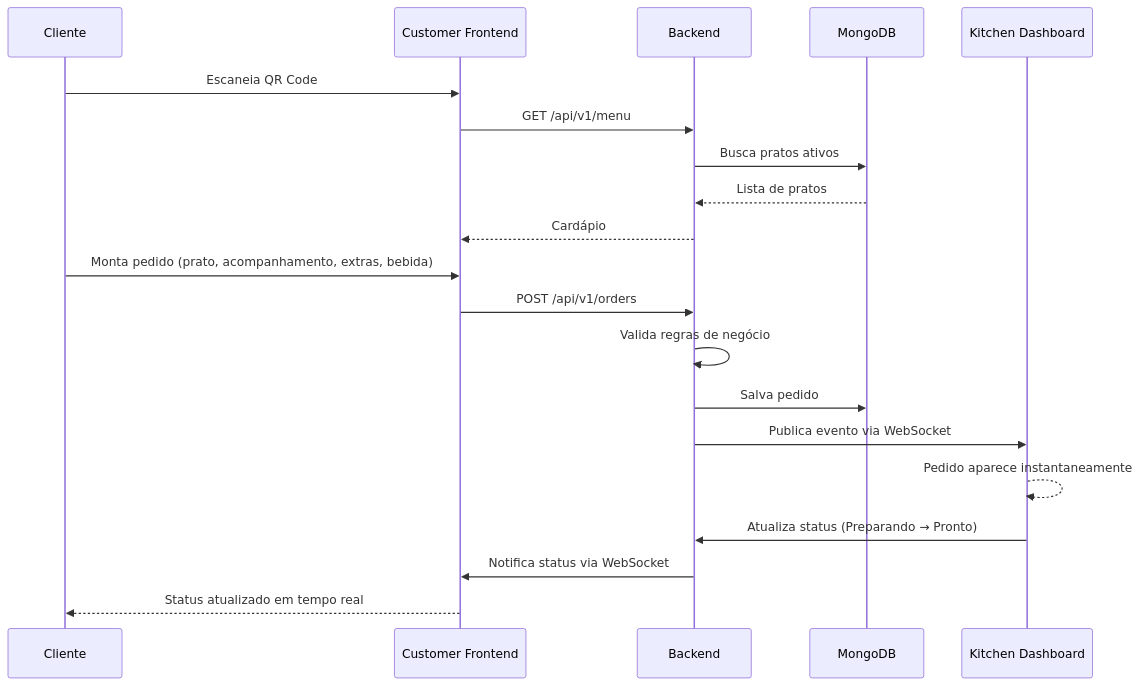
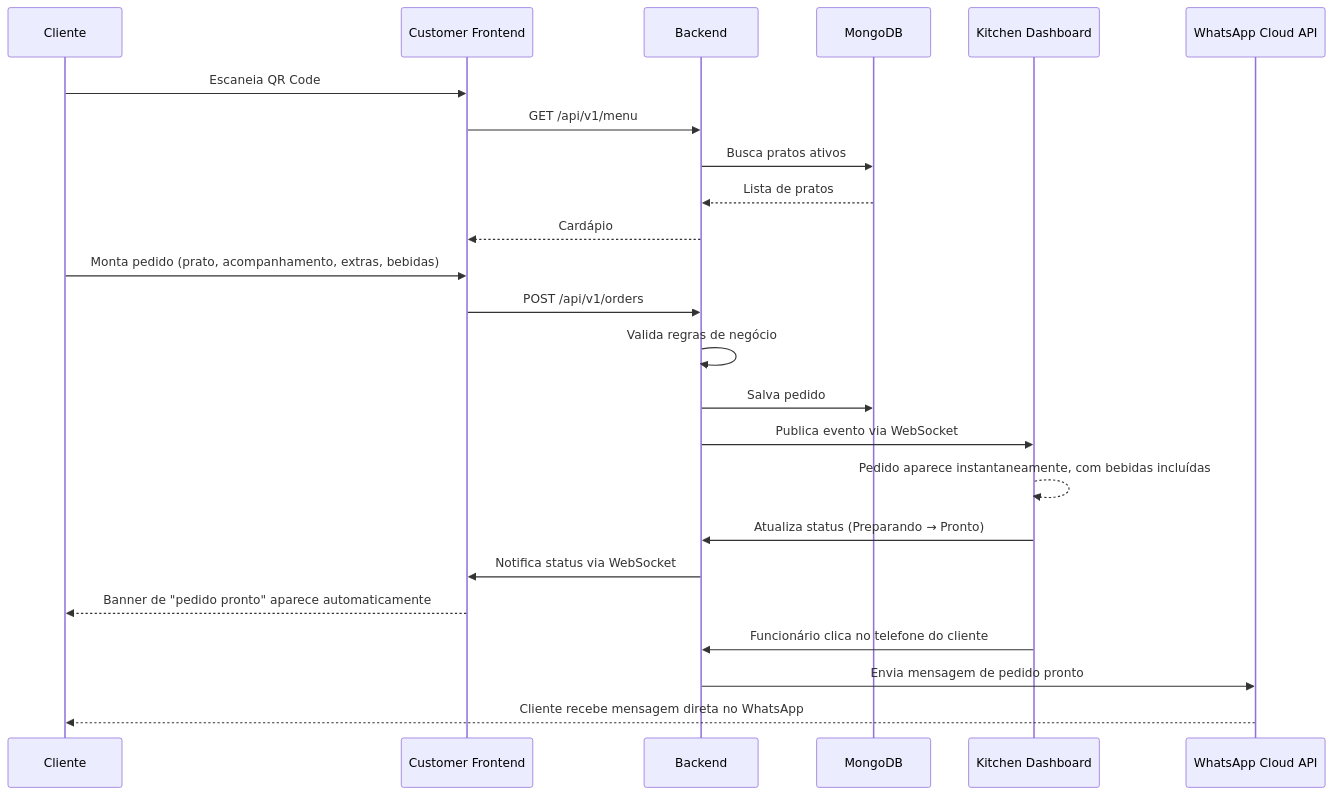
The second of 2 diagrams in README.md (GuilhermeDoSantoss/pedacinho-de-maria), drawn with Mermaid before and after one commit. The commit also changed other lines of this file, not shown here.

````diff
--- a/README.md
+++ b/README.md
@@ -143,23 +160,27 @@
 ```mermaid
 sequenceDiagram
     participant C as Cliente
     participant F as Customer Frontend
     participant B as Backend
     participant M as MongoDB
     participant K as Kitchen Dashboard
+    participant W as WhatsApp Cloud API
 
     C->>F: Escaneia QR Code
     F->>B: GET /api/v1/menu
     B->>M: Busca pratos ativos
     M-->>B: Lista de pratos
     B-->>F: Cardápio
-    C->>F: Monta pedido (prato, acompanhamento, extras, bebida)
+    C->>F: Monta pedido (prato, acompanhamento, extras, bebidas)
     F->>B: POST /api/v1/orders
     B->>B: Valida regras de negócio
     B->>M: Salva pedido
     B->>K: Publica evento via WebSocket
-    K-->>K: Pedido aparece instantaneamente
+    K-->>K: Pedido aparece instantaneamente, com bebidas incluídas
     K->>B: Atualiza status (Preparando → Pronto)
     B->>F: Notifica status via WebSocket
-    F-->>C: Status atualizado em tempo real
+    F-->>C: Banner de "pedido pronto" aparece automaticamente
+    K->>B: Funcionário clica no telefone do cliente
+    B->>W: Envia mensagem de pedido pronto
+    W-->>C: Cliente recebe mensagem direta no WhatsApp
 ```
````
